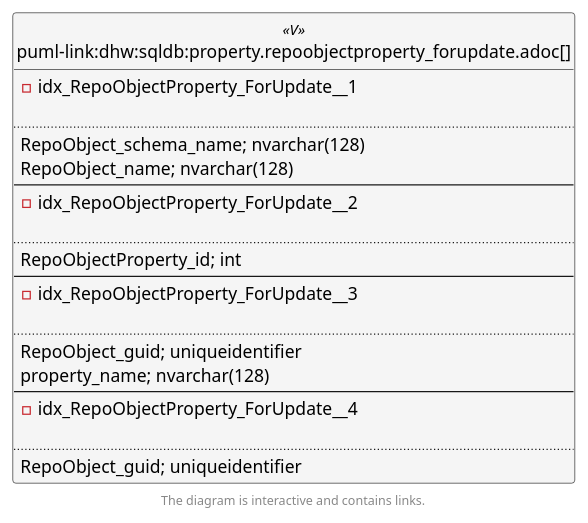
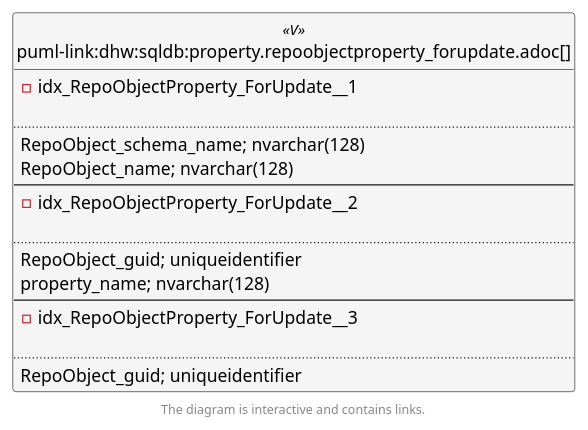
Before and after one commit to DataHandwerk/dhw-antora-sqldb: the second of 6 diagrams in docs/modules/sqldb/partials/content/property.repoobjectproperty_forupdate.adoc, drawn with PlantUML. The commit also changed other lines of this file and 751 other files, not shown here.

```diff
--- a/docs/modules/sqldb/partials/content/property.repoobjectproperty_forupdate.adoc
+++ b/docs/modules/sqldb/partials/content/property.repoobjectproperty_forupdate.adoc
@@ -880,60 +869,55 @@
 [plantuml, entity_1_1_fk-{docname}, svg, subs=macros]
 ....
 @startuml
 left to right direction
 'top to bottom direction
 hide circle
 'avoide "." issues:
 set namespaceSeparator none
 
 
 skinparam class {
   BackgroundColor White
   BackgroundColor<<FN>> Yellow
   BackgroundColor<<FS>> Yellow
   BackgroundColor<<FT>> LightGray
   BackgroundColor<<IF>> Yellow
   BackgroundColor<<IS>> Yellow
   BackgroundColor<<P>>  Aqua
   BackgroundColor<<PC>> Aqua
   BackgroundColor<<SN>> Yellow
   BackgroundColor<<SO>> SlateBlue
   BackgroundColor<<TF>> LightGray
   BackgroundColor<<TR>> Tomato
   BackgroundColor<<U>>  White
   BackgroundColor<<V>>  WhiteSmoke
   BackgroundColor<<X>>  Aqua
   BackgroundColor<<external>> AliceBlue
 }
 
 
 entity "puml-link:dhw:sqldb:property.repoobjectproperty_forupdate.adoc[]" as property.RepoObjectProperty_ForUpdate << V >> {
 - idx_RepoObjectProperty_ForUpdate__1
 
 ..
 RepoObject_schema_name; nvarchar(128)
 RepoObject_name; nvarchar(128)
 --
 - idx_RepoObjectProperty_ForUpdate__2
 
 ..
-RepoObjectProperty_id; int
---
-- idx_RepoObjectProperty_ForUpdate__3
-
-..
 RepoObject_guid; uniqueidentifier
 property_name; nvarchar(128)
 --
-- idx_RepoObjectProperty_ForUpdate__4
+- idx_RepoObjectProperty_ForUpdate__3
 
 ..
 RepoObject_guid; uniqueidentifier
 }
 
 
 
 footer The diagram is interactive and contains links.
 
 @enduml
 ....
```
